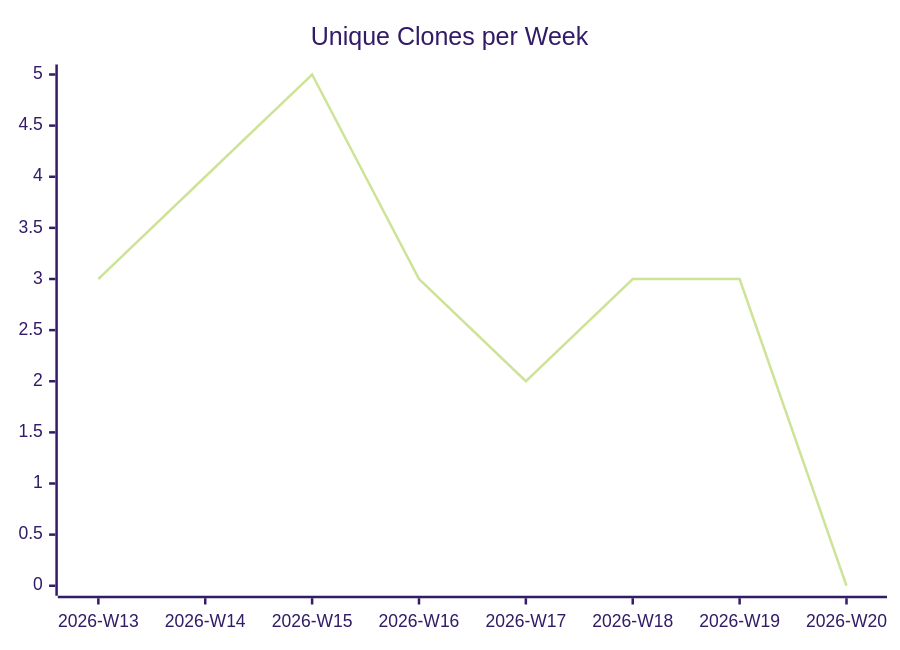
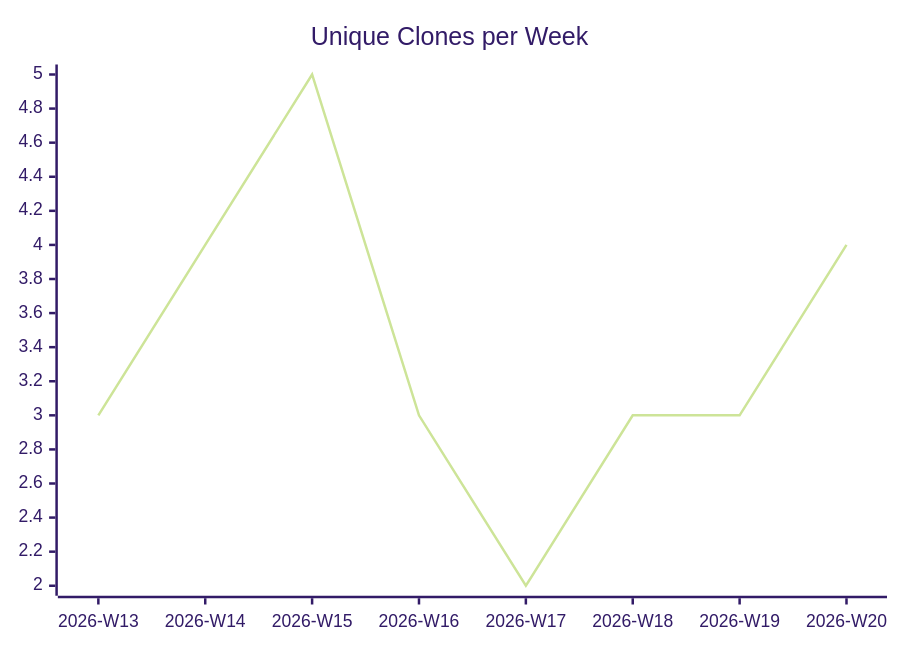
Before and after one commit to justdavis-family/github-analytics-data: the third of 3 diagrams in karlmdavis/justdavis-karl/README.md, drawn with Mermaid (forest theme). The commit also changed other lines of this file and 192 other files, not shown here.

````diff
--- a/karlmdavis/justdavis-karl/README.md
+++ b/karlmdavis/justdavis-karl/README.md
@@ -19,6 +19,6 @@
 ```mermaid
 xychart-beta
   title "Unique Clones per Week"
   x-axis ["2026-W13", "2026-W14", "2026-W15", "2026-W16", "2026-W17", "2026-W18", "2026-W19", "2026-W20"]
-  line [3, 4, 5, 3, 2, 3, 3, 0]
+  line [3, 4, 5, 3, 2, 3, 3, 4]
 ```
````
